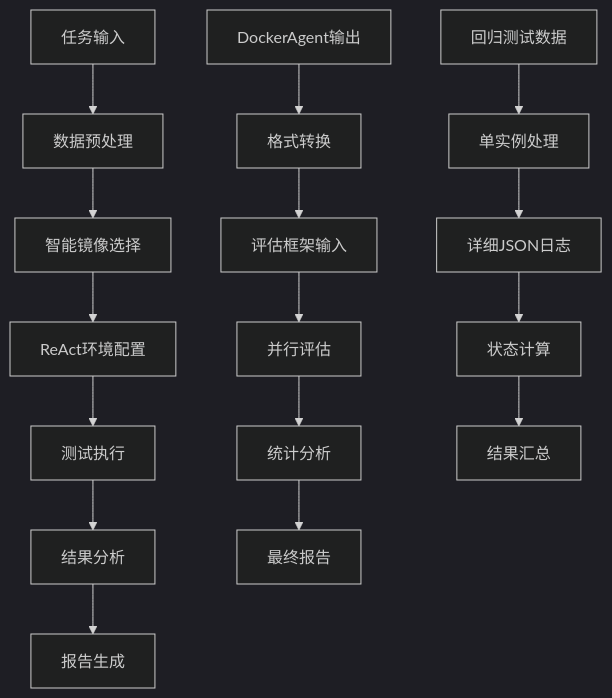
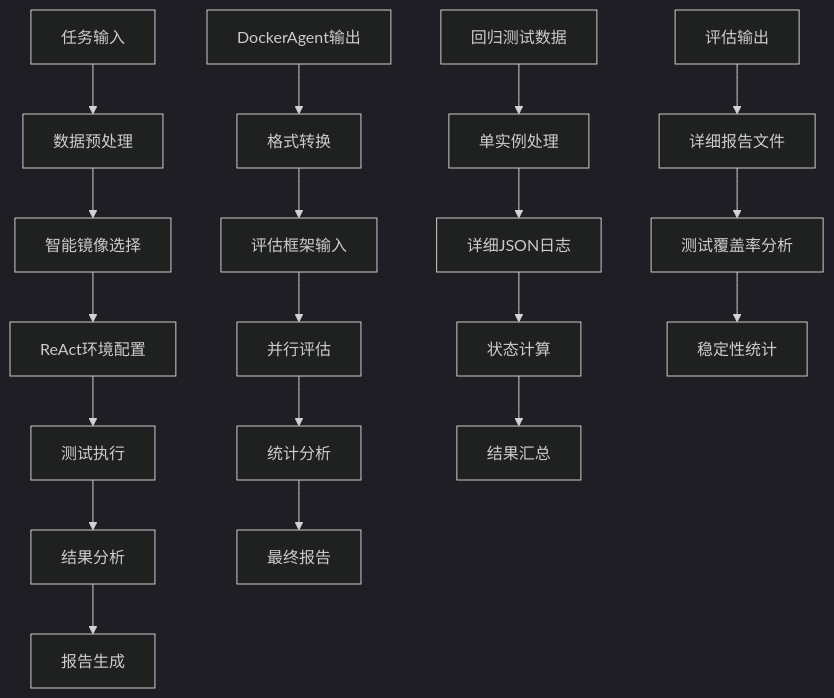
Before and after one commit to Jayint/Jayint-repo: the fifth of 14 diagrams in .qoder/repowiki/zh/content/核心组件/多Docker评估系统/增强评估框架.md, drawn with Mermaid (dark theme). The commit also changed other lines of this file and 168 other files, not shown here.

````diff
--- a/.qoder/repowiki/zh/content/核心组件/多Docker评估系统/增强评估框架.md
+++ b/.qoder/repowiki/zh/content/核心组件/多Docker评估系统/增强评估框架.md
@@ -234,18 +258,21 @@
 ```mermaid
 flowchart TD
 A[任务输入] --> B[数据预处理]
 B --> C[智能镜像选择]
 C --> D[ReAct环境配置]
 D --> E[测试执行]
 E --> F[结果分析]
 F --> G[报告生成]
 H[DockerAgent输出] --> I[格式转换]
 I --> J[评估框架输入]
 J --> K[并行评估]
 K --> L[统计分析]
 L --> M[最终报告]
 N[回归测试数据] --> O[单实例处理]
 O --> P[详细JSON日志]
 P --> Q[状态计算]
 Q --> R[结果汇总]
+S[评估输出] --> T[详细报告文件]
+T --> U[测试覆盖率分析]
+U --> V[稳定性统计]
 ```
````
